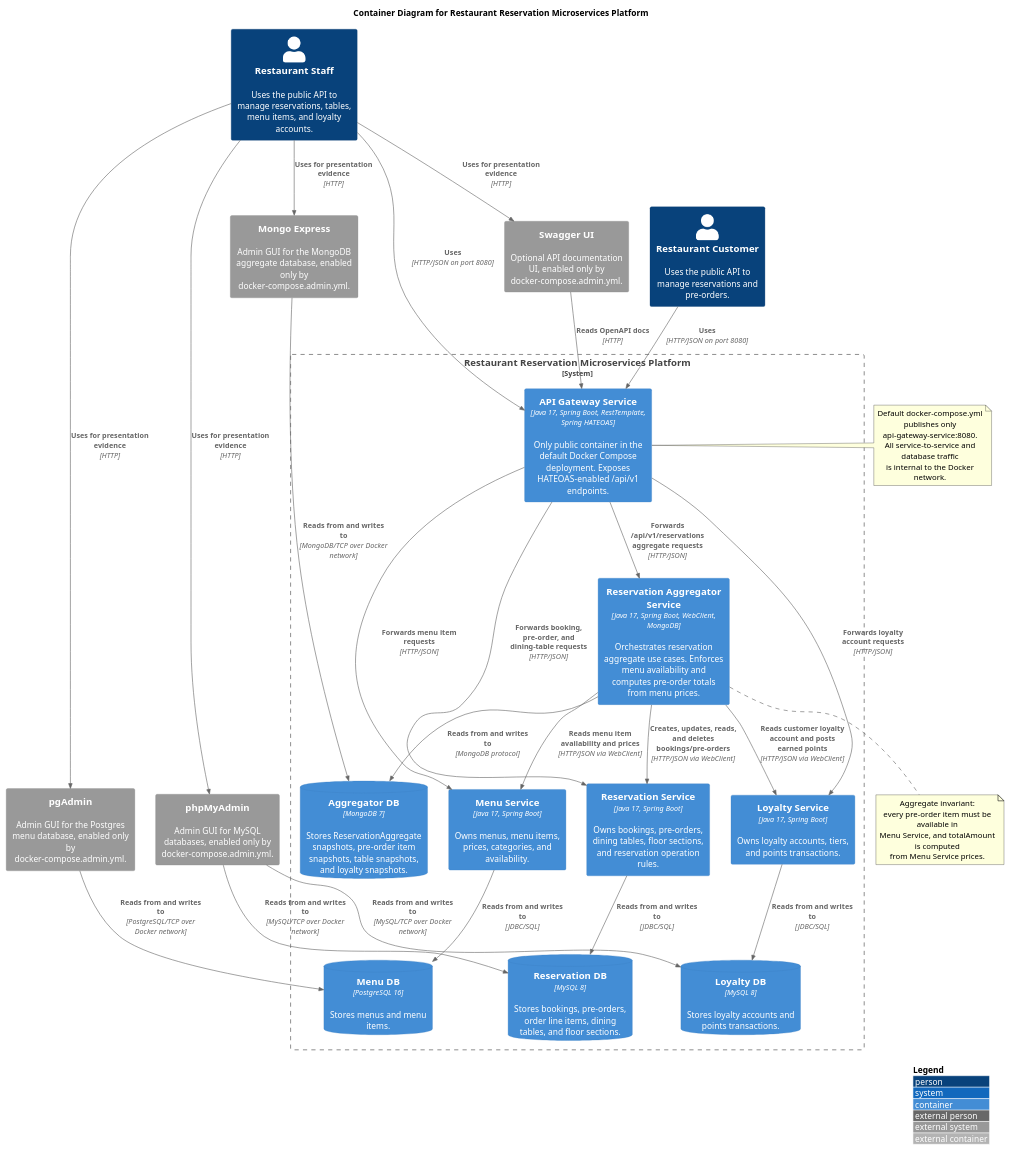
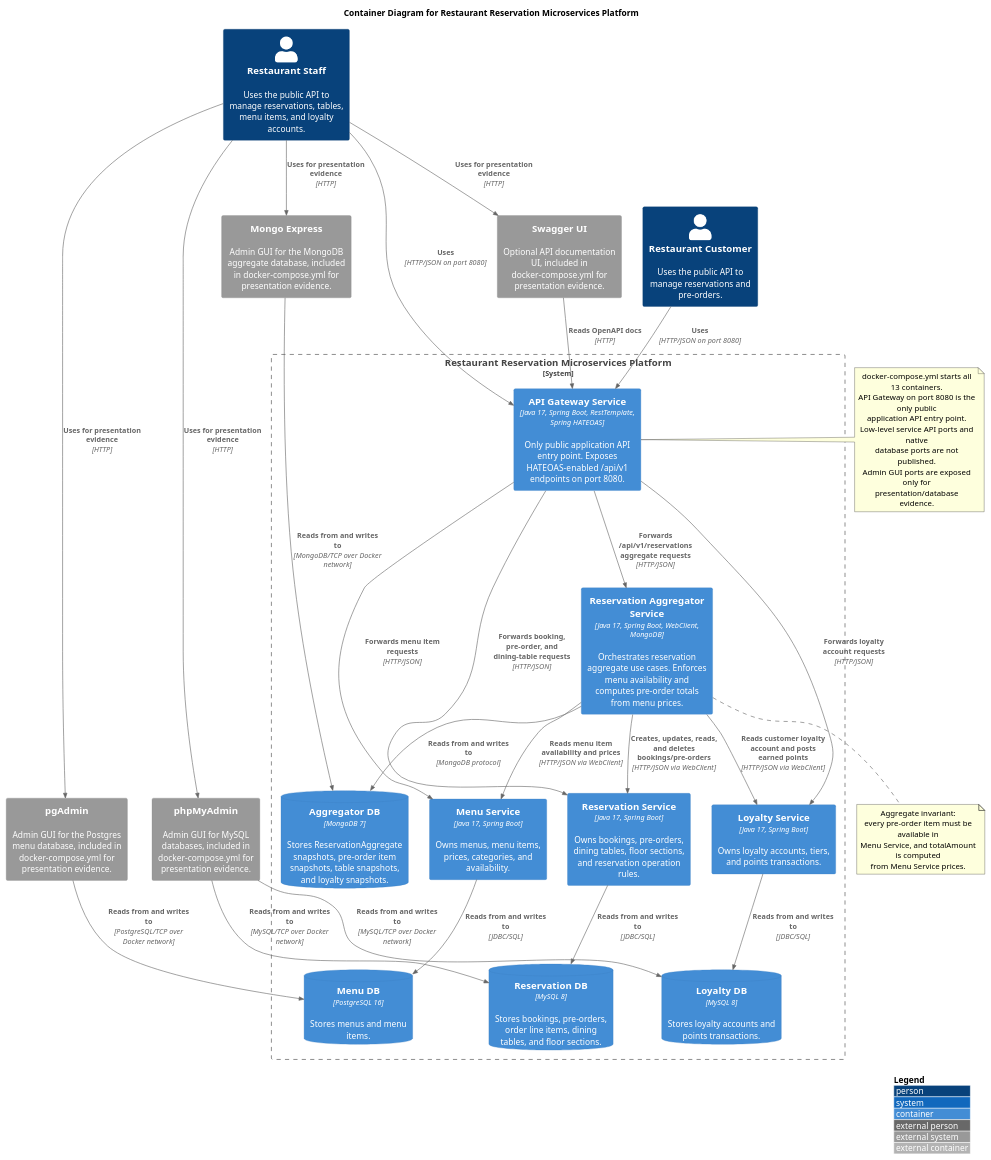
Before and after one commit to Gvxng/restaurant-reservation: the diagram in diagrams/C4_Level2_container.PUML, drawn with PlantUML. The commit also changed 3 other files, not shown here.

Commit message:
diagrams

```diff
--- a/diagrams/C4_Level2_container.PUML
+++ b/diagrams/C4_Level2_container.PUML
@@ -1,75 +1,78 @@
 @startuml
 !include https://raw.githubusercontent.com/plantuml-stdlib/C4-PlantUML/master/C4_Container.puml
 ' uncomment the following line and comment the first to use locally
 ' !include C4_Container.puml
 LAYOUT_WITH_LEGEND()
 
 title Container Diagram for Restaurant Reservation Microservices Platform
 
 Person(customer, "Restaurant Customer", "Uses the public API to manage reservations and pre-orders.")
 Person(staff, "Restaurant Staff", "Uses the public API to manage reservations, tables, menu items, and loyalty accounts.")
 
-System_Ext(mysql_admin, "phpMyAdmin", "Admin GUI for MySQL databases, enabled only by docker-compose.admin.yml.")
-System_Ext(pgadmin, "pgAdmin", "Admin GUI for the Postgres menu database, enabled only by docker-compose.admin.yml.")
-System_Ext(mongo_express, "Mongo Express", "Admin GUI for the MongoDB aggregate database, enabled only by docker-compose.admin.yml.")
-System_Ext(swagger_ui, "Swagger UI", "Optional API documentation UI, enabled only by docker-compose.admin.yml.")
+System_Ext(mysql_admin, "phpMyAdmin", "Admin GUI for MySQL databases, included in docker-compose.yml for presentation evidence.")
+System_Ext(pgadmin, "pgAdmin", "Admin GUI for the Postgres menu database, included in docker-compose.yml for presentation evidence.")
+System_Ext(mongo_express, "Mongo Express", "Admin GUI for the MongoDB aggregate database, included in docker-compose.yml for presentation evidence.")
+System_Ext(swagger_ui, "Swagger UI", "Optional API documentation UI, included in docker-compose.yml for presentation evidence.")
 
 System_Boundary(c1, "Restaurant Reservation Microservices Platform") {
-    Container(api_gateway, "API Gateway Service", "Java 17, Spring Boot, RestTemplate, Spring HATEOAS", "Only public container in the default Docker Compose deployment. Exposes HATEOAS-enabled /api/v1 endpoints.")
+    Container(api_gateway, "API Gateway Service", "Java 17, Spring Boot, RestTemplate, Spring HATEOAS", "Only public application API entry point. Exposes HATEOAS-enabled /api/v1 endpoints on port 8080.")
 
     Container(reservation_aggregator_service, "Reservation Aggregator Service", "Java 17, Spring Boot, WebClient, MongoDB", "Orchestrates reservation aggregate use cases. Enforces menu availability and computes pre-order totals from menu prices.")
     ContainerDb(aggregator_db, "Aggregator DB", "MongoDB 7", "Stores ReservationAggregate snapshots, pre-order item snapshots, table snapshots, and loyalty snapshots.")
 
     Container(reservation_service, "Reservation Service", "Java 17, Spring Boot", "Owns bookings, pre-orders, dining tables, floor sections, and reservation operation rules.")
     ContainerDb(reservation_db, "Reservation DB", "MySQL 8", "Stores bookings, pre-orders, order line items, dining tables, and floor sections.")
 
     Container(menu_service, "Menu Service", "Java 17, Spring Boot", "Owns menus, menu items, prices, categories, and availability.")
     ContainerDb(menu_db, "Menu DB", "PostgreSQL 16", "Stores menus and menu items.")
 
     Container(loyalty_service, "Loyalty Service", "Java 17, Spring Boot", "Owns loyalty accounts, tiers, and points transactions.")
     ContainerDb(loyalty_db, "Loyalty DB", "MySQL 8", "Stores loyalty accounts and points transactions.")
 }
 
 Rel(customer, api_gateway, "Uses", "HTTP/JSON on port 8080")
 Rel(staff, api_gateway, "Uses", "HTTP/JSON on port 8080")
 
 Rel(api_gateway, reservation_aggregator_service, "Forwards /api/v1/reservations aggregate requests", "HTTP/JSON")
 Rel(api_gateway, reservation_service, "Forwards booking, pre-order, and dining-table requests", "HTTP/JSON")
 Rel(api_gateway, menu_service, "Forwards menu item requests", "HTTP/JSON")
 Rel(api_gateway, loyalty_service, "Forwards loyalty account requests", "HTTP/JSON")
 
 Rel(reservation_aggregator_service, reservation_service, "Creates, updates, reads, and deletes bookings/pre-orders", "HTTP/JSON via WebClient")
 Rel(reservation_aggregator_service, menu_service, "Reads menu item availability and prices", "HTTP/JSON via WebClient")
 Rel(reservation_aggregator_service, loyalty_service, "Reads customer loyalty account and posts earned points", "HTTP/JSON via WebClient")
 
 Rel_D(reservation_aggregator_service, aggregator_db, "Reads from and writes to", "MongoDB protocol")
 Rel_D(reservation_service, reservation_db, "Reads from and writes to", "JDBC/SQL")
 Rel_D(menu_service, menu_db, "Reads from and writes to", "JDBC/SQL")
 Rel_D(loyalty_service, loyalty_db, "Reads from and writes to", "JDBC/SQL")
 
 Rel(staff, mysql_admin, "Uses for presentation evidence", "HTTP")
 Rel(staff, pgadmin, "Uses for presentation evidence", "HTTP")
 Rel(staff, mongo_express, "Uses for presentation evidence", "HTTP")
 Rel(staff, swagger_ui, "Uses for presentation evidence", "HTTP")
 
 Rel(mysql_admin, reservation_db, "Reads from and writes to", "MySQL/TCP over Docker network")
 Rel(mysql_admin, loyalty_db, "Reads from and writes to", "MySQL/TCP over Docker network")
 Rel(pgadmin, menu_db, "Reads from and writes to", "PostgreSQL/TCP over Docker network")
 Rel(mongo_express, aggregator_db, "Reads from and writes to", "MongoDB/TCP over Docker network")
 Rel(swagger_ui, api_gateway, "Reads OpenAPI docs", "HTTP")
 
 note right of api_gateway
-  Default docker-compose.yml publishes only
-  api-gateway-service:8080.
-  All service-to-service and database traffic
-  is internal to the Docker network.
+  docker-compose.yml starts all 13 containers.
+  API Gateway on port 8080 is the only public
+  application API entry point.
+  Low-level service API ports and native
+  database ports are not published.
+  Admin GUI ports are exposed only for
+  presentation/database evidence.
 end note
 
 note bottom of reservation_aggregator_service
   Aggregate invariant:
   every pre-order item must be available in
   Menu Service, and totalAmount is computed
   from Menu Service prices.
 end note
 
 @enduml
```
